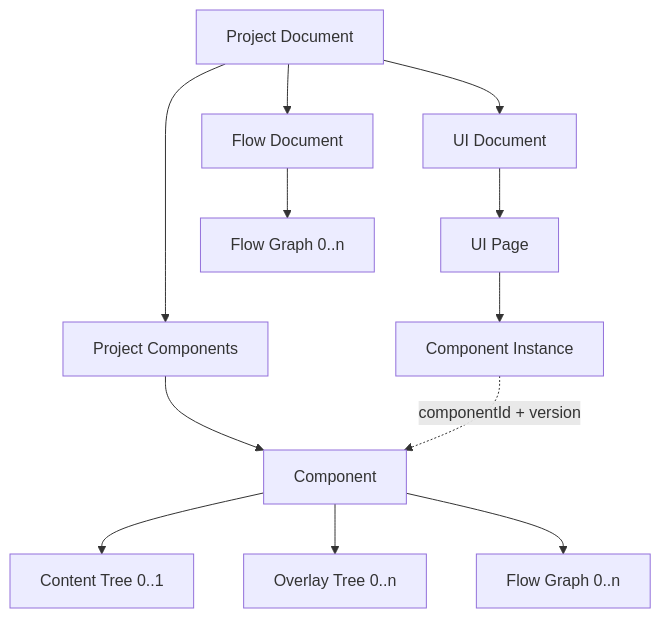
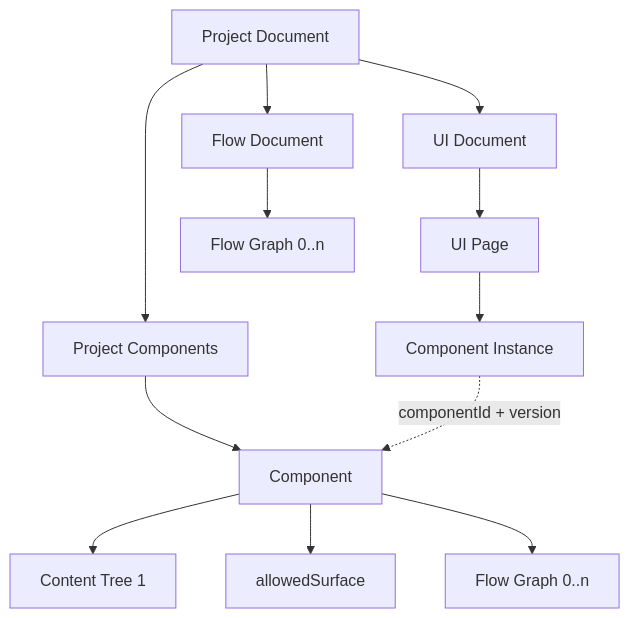
The sixth of 11 diagrams in docs/architecture/03-technology-and-system-architecture.md (northwest-hcu/FlagShip), drawn with Mermaid before and after one commit. The commit also changed other lines of this file and 46 other files, not shown here.

````diff
--- a/docs/architecture/03-technology-and-system-architecture.md
+++ b/docs/architecture/03-technology-and-system-architecture.md
@@ -201,22 +201,22 @@
 ```mermaid
 flowchart TB
     Project["Project Document"]
     UIDoc["UI Document"]
     Page["UI Page"]
     Instance["Component Instance"]
     Components["Project Components"]
     Component["Component"]
-    Content["Content Tree 0..1"]
-    Overlay["Overlay Tree 0..n"]
+    Content["Content Tree 1"]
+    Placement["allowedSurface"]
     ComponentFlow["Flow Graph 0..n"]
     FlowDoc["Flow Document"]
     ProjectFlow["Flow Graph 0..n"]
 
     Project --> UIDoc --> Page --> Instance
     Project --> Components --> Component
     Component --> Content
-    Component --> Overlay
+    Component --> Placement
     Component --> ComponentFlow
     Project --> FlowDoc --> ProjectFlow
     Instance -.->|"componentId + version"| Component
 ```
````
